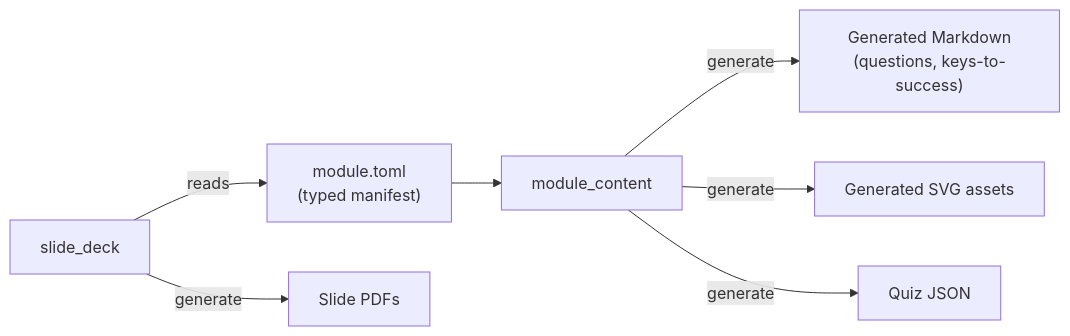
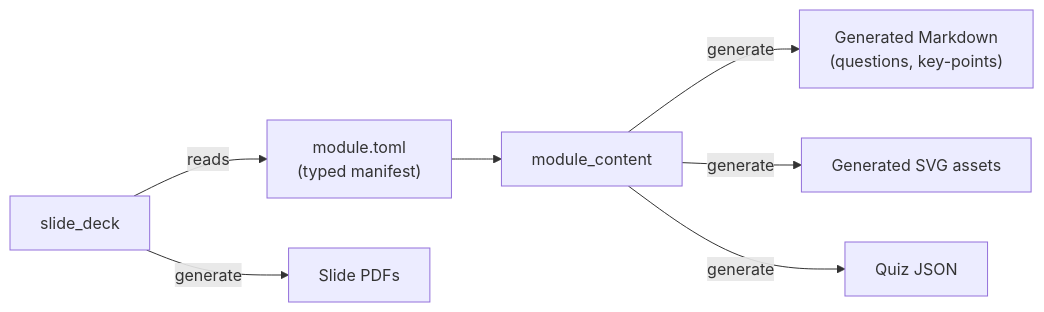
The second of 5 diagrams in software/docs/architecture/DATA_FLOW.md (docxology/biol-1), drawn with Mermaid before and after one commit. The commit also changed other lines of this file and 864 other files, not shown here.

````diff
--- a/software/docs/architecture/DATA_FLOW.md
+++ b/software/docs/architecture/DATA_FLOW.md
@@ -127,9 +127,9 @@
 ```mermaid
 flowchart LR
     TOML["module.toml<br/>(typed manifest)"] --> MC["module_content"]
-    MC -->|"generate"| MD["Generated Markdown<br/>(questions, keys-to-success)"]
+    MC -->|"generate"| MD["Generated Markdown<br/>(questions, key-points)"]
     MC -->|"generate"| SVG["Generated SVG assets"]
     MC -->|"generate"| QUIZ["Quiz JSON"]
     SD["slide_deck"] -->|"reads"| TOML
     SD -->|"generate"| SLIDEPDF["Slide PDFs"]
 ```
````
